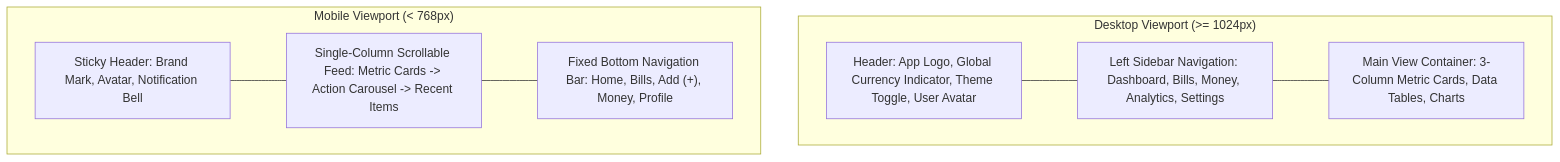
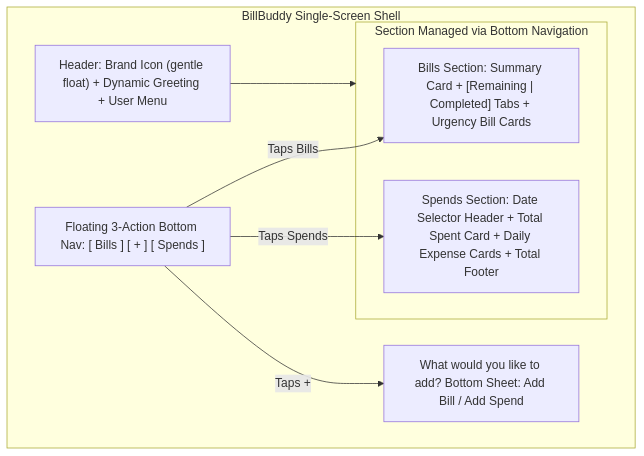
The diagram in DESIGN.md (SkEESUB/Bill-Buddy), drawn with Mermaid before and after one commit. The commit also changed other lines of this file and 13 other files, not shown here.

Commit message:
spends nav

````diff
--- a/DESIGN.md
+++ b/DESIGN.md
@@ -130,18 +130,19 @@
 ```mermaid
 flowchart TD
-    subgraph DesktopLayout ["Desktop Viewport (>= 1024px)"]
-        DTop["Header: App Logo, Global Currency Indicator, Theme Toggle, User Avatar"]
-        DSide["Left Sidebar Navigation: Dashboard, Bills, Money, Analytics, Settings"]
-        DMain["Main View Container: 3-Column Metric Cards, Data Tables, Charts"]
-        DTop --- DSide
-        DSide --- DMain
-    end
+    subgraph MobileAndDesktopShell ["BillBuddy Single-Screen Shell"]
+        Header["Header: Brand Icon (gentle float) + Dynamic Greeting + User Menu"]
 
-    subgraph MobileLayout ["Mobile Viewport (< 768px)"]
-        MTop["Sticky Header: Brand Mark, Avatar, Notification Bell"]
-        MMain["Single-Column Scrollable Feed: Metric Cards -> Action Carousel -> Recent Items"]
-        MBottom["Fixed Bottom Navigation Bar: Home, Bills, Add (+), Money, Profile"]
-        MTop --- MMain
-        MMain --- MBottom
+        subgraph SectionSwitch ["Section Managed via Bottom Navigation"]
+            BillsSection["Bills Section: Summary Card + [Remaining | Completed] Tabs + Urgency Bill Cards"]
+            SpendsSection["Spends Section: Date Selector Header + Total Spent Card + Daily Expense Cards + Total Footer"]
+        end
+
+        BottomNav["Floating 3-Action Bottom Nav: [ Bills ] [ + ] [ Spends ]"]
+        AddSheet["What would you like to add? Bottom Sheet: Add Bill / Add Spend"]
+
+        Header --> SectionSwitch
+        BottomNav --> |Taps Bills| BillsSection
+        BottomNav --> |Taps Spends| SpendsSection
+        BottomNav --> |Taps +| AddSheet
     end
 ```
````
